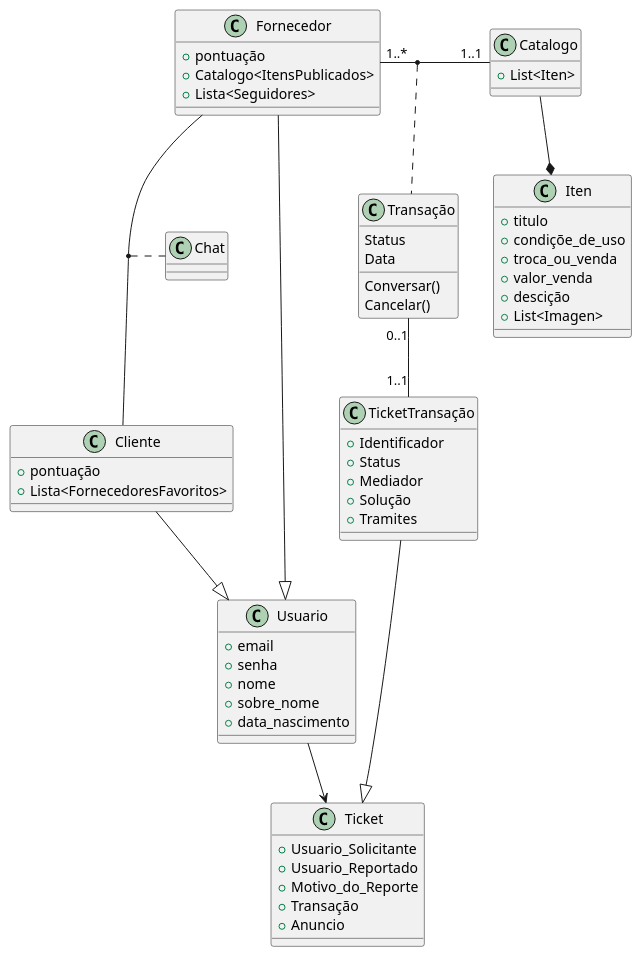
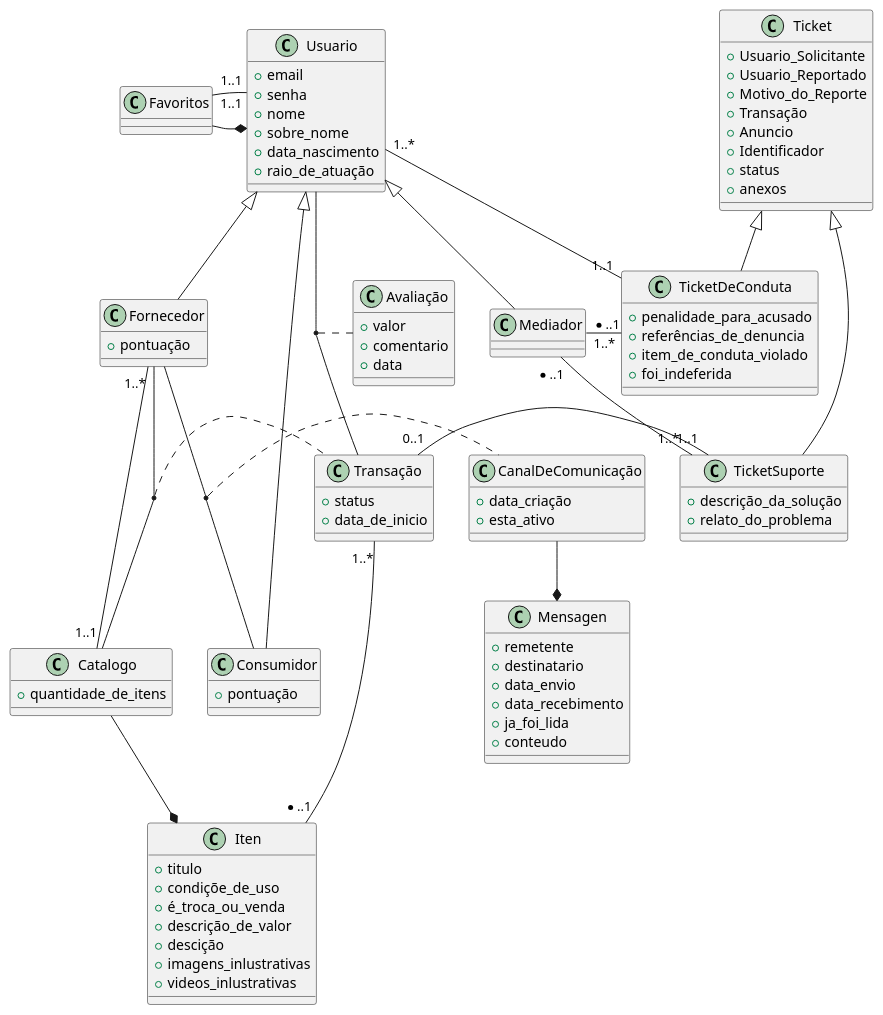
One commit to thiagosantos346/PS-ES-2019-2-Escambo changed the diagram in 2.Análise/2.3.DCAD/DCAD.puml. Above: the diagram before and after it, drawn with PlantUML. The commit also changed 4 other files, not shown here.

```diff
--- a/2.Análise/2.3.DCAD/DCAD.puml
+++ b/2.Análise/2.3.DCAD/DCAD.puml
@@ -1,71 +1,117 @@
 @startuml diabgrama
 
-Fornecedor --|> Usuario
-Cliente --|> Usuario
-Catalogo --* Iten
-TicketTransação --|> Ticket
+  class Transação{
+    + status
+    + data_de_inicio
+  }
 
-Usuario --> Ticket
+  class Avaliação {
+    + valor
+    + comentario
+    + data
+  }
 
-Fornecedor "1..*" - "1..1" Catalogo
-(Fornecedor, Catalogo) ... Transação
-(Fornecedor, Cliente) ... Chat
-Transação "0..1" - "1..1"  TicketTransação
+  class Ticket {
+    + Usuario_Solicitante
+    + Usuario_Reportado
+    + Motivo_do_Reporte
+    + Transação
+    + Anuncio
+    + Identificador
+    + status
+    + anexos
+  }
 
-class Transação{
-    Status
-    Data
-    Conversar()
-    Cancelar()
-}
+  class TicketSuporte {
+    + descrição_da_solução
+    + relato_do_problema
+  }
 
-class Usuario {
-  + email
-  + senha
-  + nome
-  + sobre_nome
-  + data_nascimento
-}
+  class TicketDeConduta {
+    + penalidade_para_acusado
+    + referências_de_denuncia
+    + item_de_conduta_violado
+    + foi_indeferida
+  }
+  
+  class Iten {
+    + titulo
+    + condiçõe_de_uso
+    + é_troca_ou_venda
+    + descrição_de_valor
+    + descição
+    + imagens_inlustrativas
+    + videos_inlustrativas
+  }
 
-class Fornecedor {
-  + pontuação
-  + Catalogo<ItensPublicados>
-  + Lista<Seguidores>
-}
+  class Catalogo {
+    + quantidade_de_itens
+  }
 
-class Cliente {
-  + pontuação
-  + Lista<FornecedoresFavoritos>
-}
+  class Usuario {
+    + email
+    + senha
+    + nome
+    + sobre_nome
+    + data_nascimento
+    + raio_de_atuação
+  }
 
-class Iten {
-   + titulo
-   + condiçõe_de_uso
-   + troca_ou_venda
-   + valor_venda
-   + descição
-   + List<Imagen> 
-}
+  class Fornecedor {
+    + pontuação
+  }
 
-class Catalogo {
-  + List<Iten>
-}
+  class Consumidor {
+    + pontuação
+  }
 
-class Ticket {
-  + Usuario_Solicitante
-  + Usuario_Reportado
-  + Motivo_do_Reporte
-  + Transação
-  + Anuncio
+  class Mediador{
 
-}
+  }
 
-class TicketTransação{
-  + Identificador
-  + Status
-  + Mediador
-  + Solução
-  + Tramites
-}
+  class Favoritos{
+
+  }
+
+  Class CanalDeComunicação{
+    + data_criação
+    + esta_ativo
+  }
+
+  class Mensagen {
+    + remetente
+    + destinatario
+    + data_envio
+    + data_recebimento
+    + ja_foi_lida
+    + conteudo
+  }
+
+  Ticket <|-- TicketSuporte
+  Ticket <|-- TicketDeConduta
+
+  Usuario <|-- Fornecedor
+  Usuario <|-- Consumidor
+  Usuario <|-- Mediador
+  
+  Catalogo  --* Iten
+  Favoritos --* Usuario
+  CanalDeComunicação --* Mensagen
+  
+
+  (Fornecedor, Catalogo)   ... Transação
+  (Fornecedor, Consumidor) ... CanalDeComunicação
+  (Usuario, Transação)     ... Avaliação
+
+  Usuario "1..1" - "1..1" Favoritos
+  Usuario "1..*" - "1..1" TicketDeConduta
+
+  Mediador  "*..1" - "1..*"  TicketSuporte
+  Mediador  "*..1" - "1..*"  TicketDeConduta
+
+  Transação "0..1" - "1..1"  TicketSuporte
+  Transação "1..*" - "*..1" Iten
+
+  Fornecedor "1..*" - "1..1" Catalogo
 
 @enduml
```
